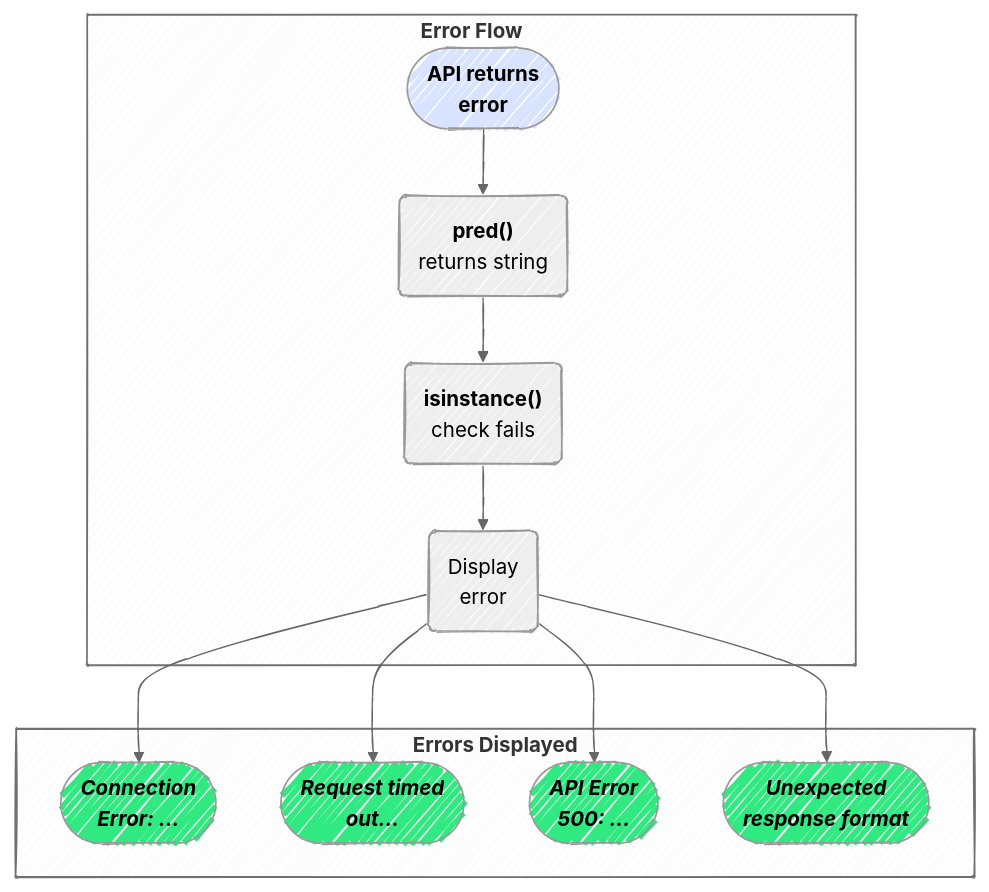
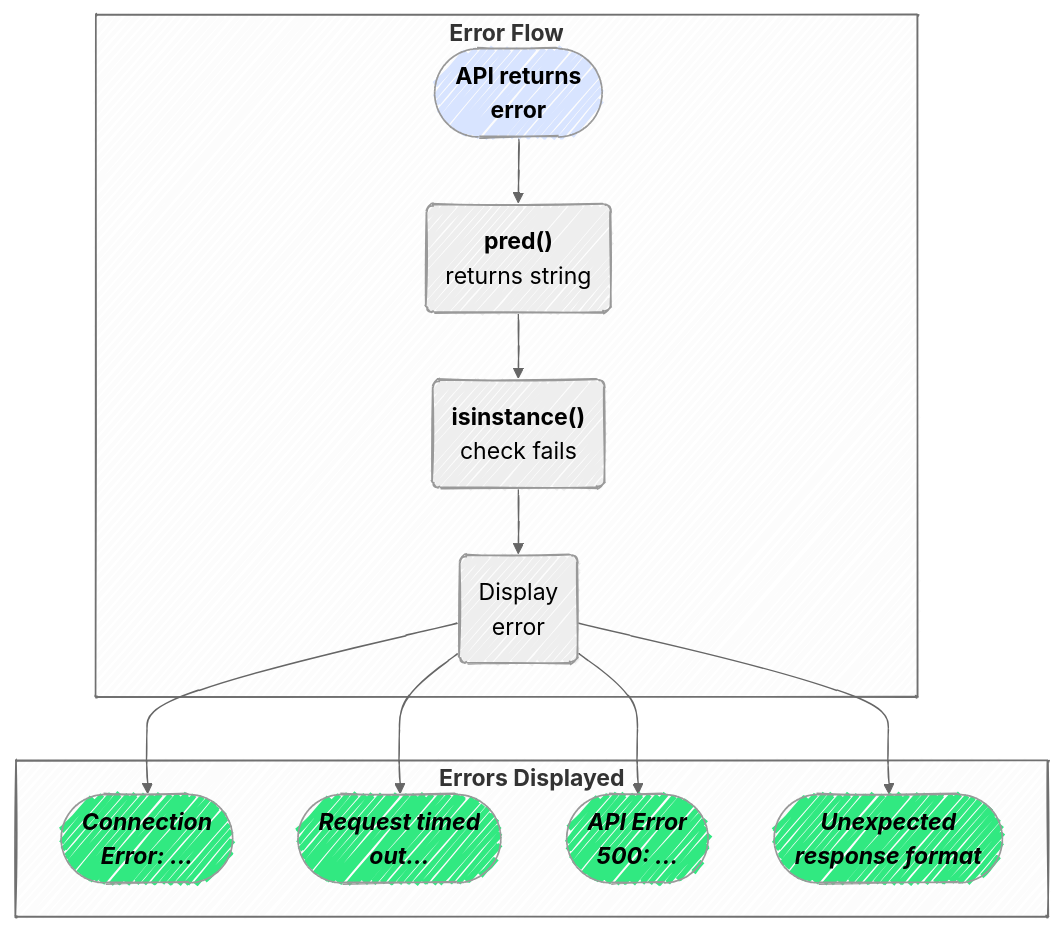
Before and after one commit to mjfrigaard/do4ds-labs: the eighth of 12 diagrams in app-log-py.qmd, drawn with Mermaid. The commit also changed other lines of this file and 14 other files, not shown here.

````diff
--- a/app-log-py.qmd
+++ b/app-log-py.qmd
@@ -977,35 +977,35 @@
 ```{mermaid}
 %%| fig-cap: 'API Errors for Predictions'
 %%| fig-width: 7.0
 %%| fig-align: center
-%%{init: {'theme': 'neutral', 'look': 'handDrawn', 'themeVariables': { 'fontFamily': 'monospace', 'fontSize':'16px'}}}%%
+%%{init: {'theme': 'neutral', 'look': 'handDrawn', 'themeVariables': { 'fontFamily': 'monospace', 'fontSize':'18px'}}}%%
 
 flowchart TD
     subgraph "<strong>Error Flow</strong>"
         APIRetError(["<strong>API returns<br>error</strong>"])
         StringResult("<strong>pred()</strong><br>returns string")
         TypeCheck("<strong>isinstance()</strong><br>check fails")
         DirectDisplay("Display<br>error")
     end
     
     subgraph "<strong>Errors Displayed</strong>"
         ConnError(["<em><strong>Connection<br>Error: ...</strong></em>"])
         TimeoutError(["<em><strong>Request timed<br>out...</strong></em>"])
         APIError(["<em><strong>API Error<br>500: ...</strong></em>"])
         FormatError(["<em><strong>Unexpected<br>response format</strong></em>"])
     end
     
     APIRetError --> StringResult
     StringResult --> TypeCheck
     TypeCheck --> DirectDisplay
     DirectDisplay --> ConnError
     DirectDisplay --> TimeoutError
     DirectDisplay --> APIError
     DirectDisplay --> FormatError
 
     style APIRetError fill:#d8e4ff
     style APIError fill:#31e981
     style ConnError fill:#31e981
     style TimeoutError fill:#31e981
     style FormatError fill:#31e981
 ```
````
